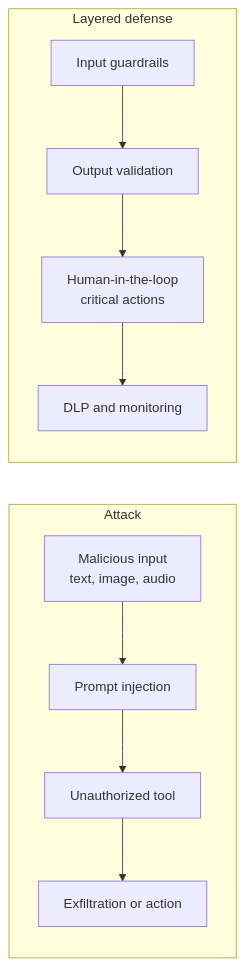
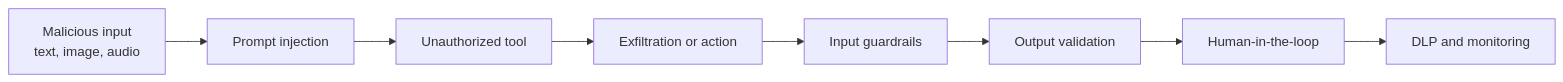
One commit to alicino/kb-blog changed the diagram in src/content/articles/en/2026-09-13-owasp-genai-top-10-2026.md. Above: the diagram before and after it, drawn with Mermaid. The commit also changed 1 other file, not shown here.

Commit message:
fix: redesigned Mermaid workflow as single horizontal flow (no subgraphs)

````diff
--- a/src/content/articles/en/2026-09-13-owasp-genai-top-10-2026.md
+++ b/src/content/articles/en/2026-09-13-owasp-genai-top-10-2026.md
@@ -25,14 +25,10 @@
 ```mermaid
 flowchart LR
-    subgraph ATTACK[Attack]
-        A1[Malicious input<br>text, image, audio] --> B1[Prompt injection]
-        B1 --> C1[Unauthorized tool]
-        C1 --> D1[Exfiltration or action]
-    end
-
-    subgraph DEFENSE[Layered defense]
-        A2[Input guardrails] --> B2[Output validation]
-        B2 --> C2[Human-in-the-loop<br>critical actions]
-        C2 --> D2[DLP and monitoring]
-    end
+    A[Malicious input<br>text, image, audio] --> B[Prompt injection]
+    B --> C[Unauthorized tool]
+    C --> D[Exfiltration or action]
+    D --> E[Input guardrails]
+    E --> F[Output validation]
+    F --> G[Human-in-the-loop]
+    G --> H[DLP and monitoring]
 ```
````
